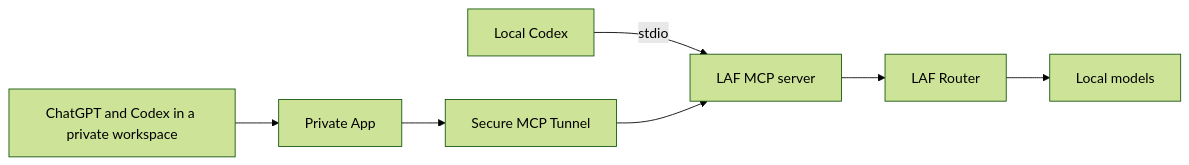
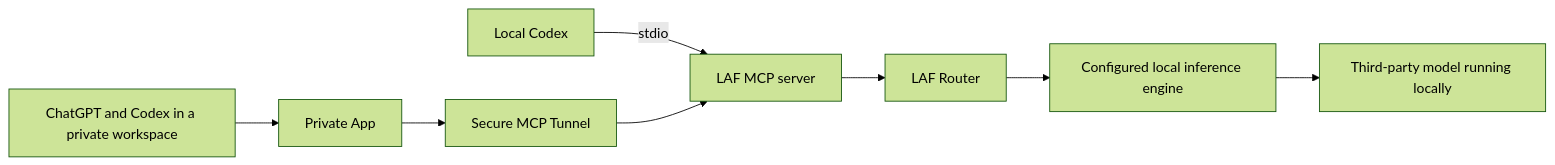
One commit to i-pp/laf changed the diagram in README.md. Above: the diagram before and after it, drawn with Mermaid (forest theme). The commit also changed other lines of this file, not shown here.

````diff
--- a/README.md
+++ b/README.md
@@ -57,9 +64,10 @@
 ```mermaid
 flowchart LR
     Local["Local Codex"] -->|stdio| MCP["LAF MCP server"]
     Workspace["ChatGPT and Codex in a private workspace"] --> App["Private App"]
     App --> Tunnel["Secure MCP Tunnel"]
     Tunnel --> MCP
     MCP --> Router["LAF Router"]
-    Router --> Models["Local models"]
+    Router --> Engine["Configured local inference engine"]
+    Engine --> Model["Third-party model running locally"]
 ```
````
